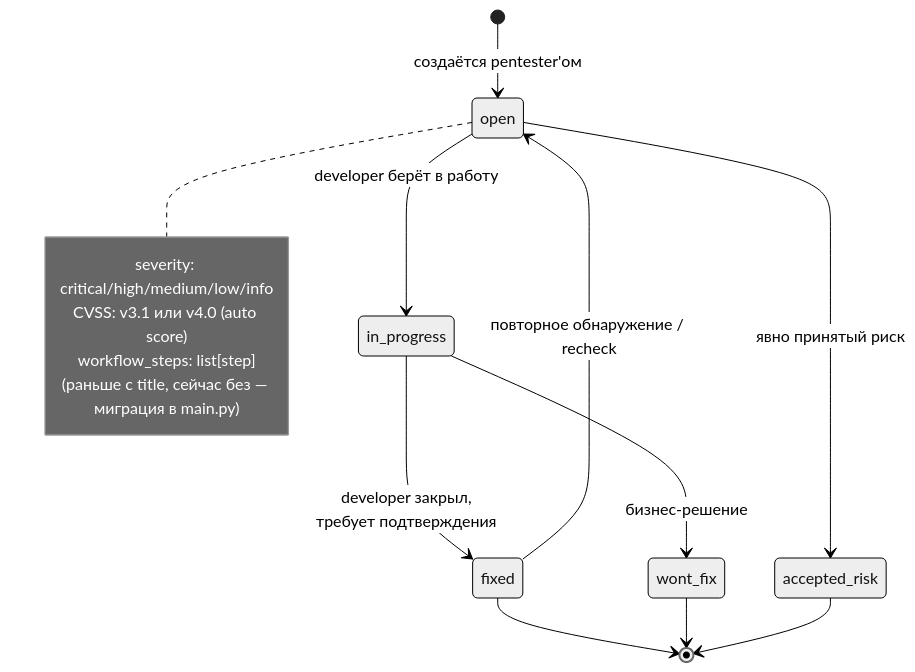
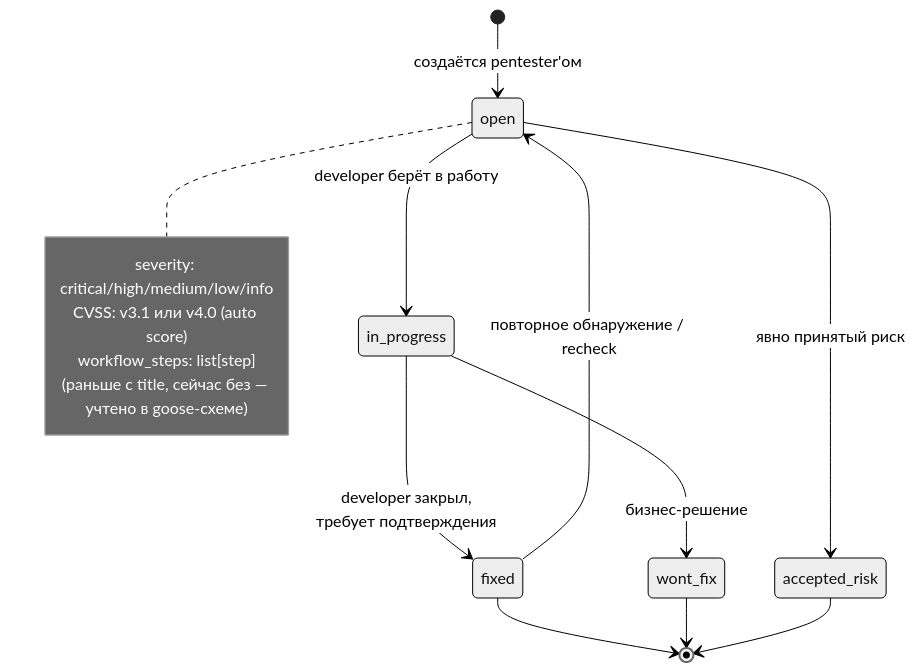
The eighth of 20 diagrams in docs/ARCH_DIAGRAMS.md (nkolomiika/FROST), drawn with Mermaid (neutral theme) before and after one commit. The commit also changed other lines of this file and 11 other files, not shown here.

````diff
--- a/docs/ARCH_DIAGRAMS.md
+++ b/docs/ARCH_DIAGRAMS.md
@@ -263,21 +258,21 @@
 ```mermaid
 stateDiagram-v2
     [*] --> open: создаётся pentester'ом
 
     open --> in_progress: developer берёт в работу
     in_progress --> fixed: developer закрыл,<br/>требует подтверждения
     fixed --> open: повторное обнаружение / recheck
     in_progress --> wont_fix: бизнес-решение
     open --> accepted_risk: явно принятый риск
 
     note right of open
         severity: critical/high/medium/low/info
         CVSS: v3.1 или v4.0 (auto score)
         workflow_steps: list[step]
-          (раньше с title, сейчас без — миграция в main.py)
+          (раньше с title, сейчас без — учтено в goose-схеме)
     end note
 
     fixed --> [*]
     wont_fix --> [*]
     accepted_risk --> [*]
 ```
````
